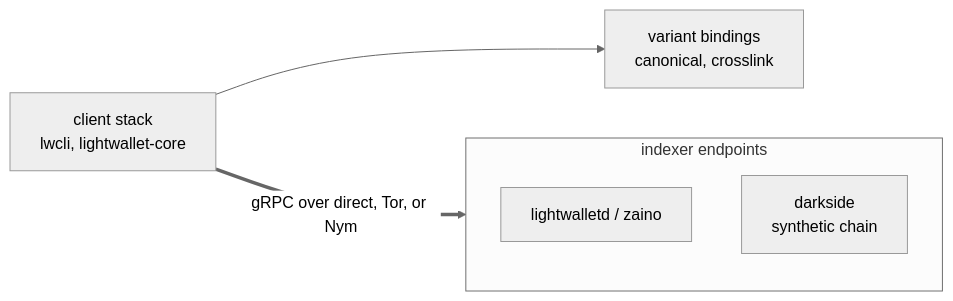
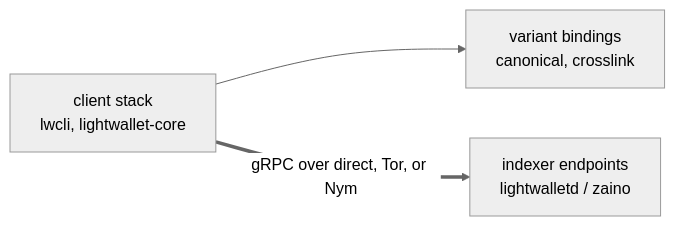
The diagram in README.md (auzum197/lightwallet-tools), drawn with Mermaid (neutral theme) before and after one commit. The commit also changed other lines of this file and 87 other files, not shown here.

````diff
--- a/README.md
+++ b/README.md
@@ -20,12 +17,9 @@
 ```mermaid
 flowchart LR
   client["client stack<br/>lwcli, lightwallet-core"]
   bindings["variant bindings<br/>canonical, crosslink"]
-  subgraph endpoints["indexer endpoints"]
-    real["lightwalletd / zaino"]
-    dark["darkside<br/>synthetic chain"]
-  end
+  endpoints["indexer endpoints<br/>lightwalletd / zaino"]
 
   client --> bindings
   client ==>|"gRPC over direct, Tor, or Nym"| endpoints
 ```
````
